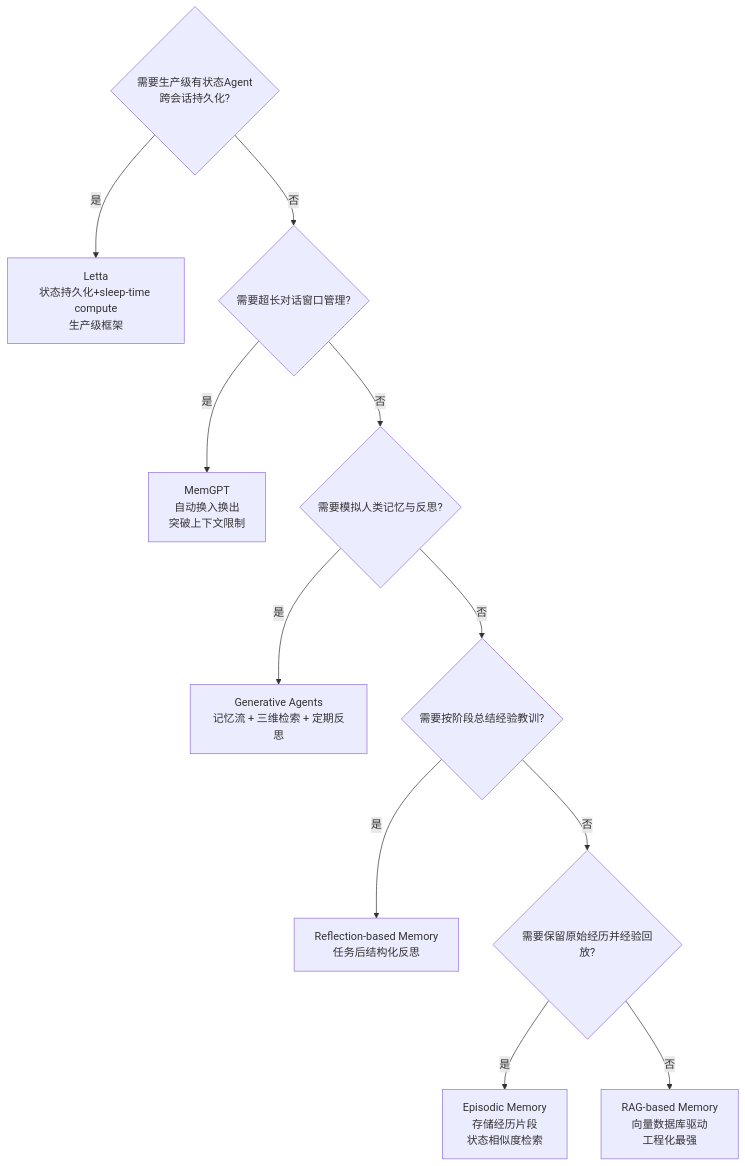
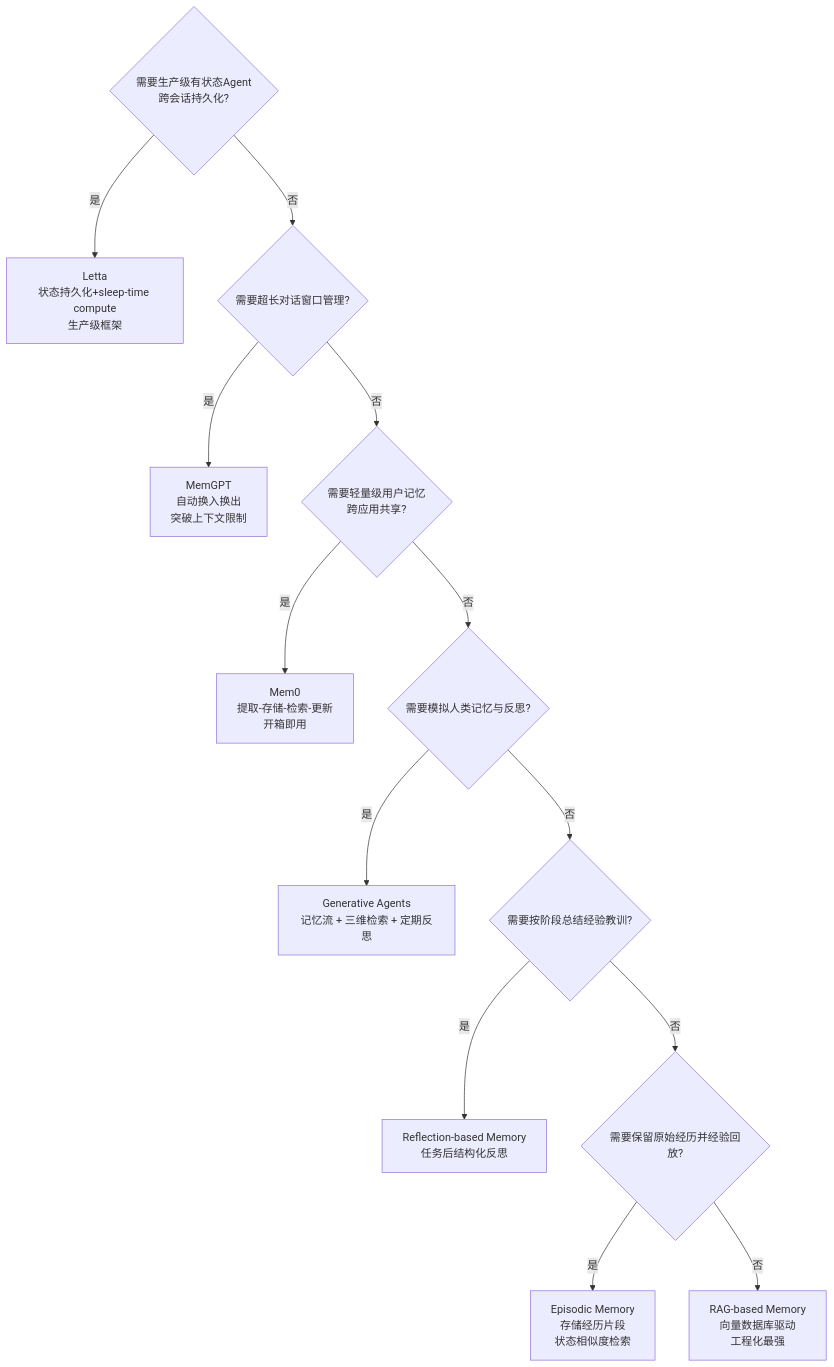
The eighth of 8 diagrams in design_mode/docs/05_记忆与状态管理类.md (eeyzs1/agent_demos), drawn with Mermaid before and after one commit. The commit also changed other lines of this file and 4 other files, not shown here.

````diff
--- a/design_mode/docs/05_记忆与状态管理类.md
+++ b/design_mode/docs/05_记忆与状态管理类.md
@@ -2105,13 +2105,15 @@
 ```mermaid
 flowchart TD
     A{需要生产级有状态Agent<br/>跨会话持久化?} -->|是| Z[Letta<br/>状态持久化+sleep-time compute<br/>生产级框架]
     A -->|否| B{需要超长对话窗口管理?}
     B -->|是| C[MemGPT<br/>自动换入换出<br/>突破上下文限制]
-    B -->|否| D{需要模拟人类记忆与反思?}
+    B -->|否| M{需要轻量级用户记忆<br/>跨应用共享?}
+    M -->|是| N[Mem0<br/>提取-存储-检索-更新<br/>开箱即用]
+    M -->|否| D{需要模拟人类记忆与反思?}
     D -->|是| E[Generative Agents<br/>记忆流 + 三维检索 + 定期反思]
     D -->|否| F{需要按阶段总结经验教训?}
     F -->|是| G[Reflection-based Memory<br/>任务后结构化反思]
     F -->|否| H{需要保留原始经历并经验回放?}
     H -->|是| I[Episodic Memory<br/>存储经历片段<br/>状态相似度检索]
     H -->|否| J[RAG-based Memory<br/>向量数据库驱动<br/>工程化最强]
 ```
````
